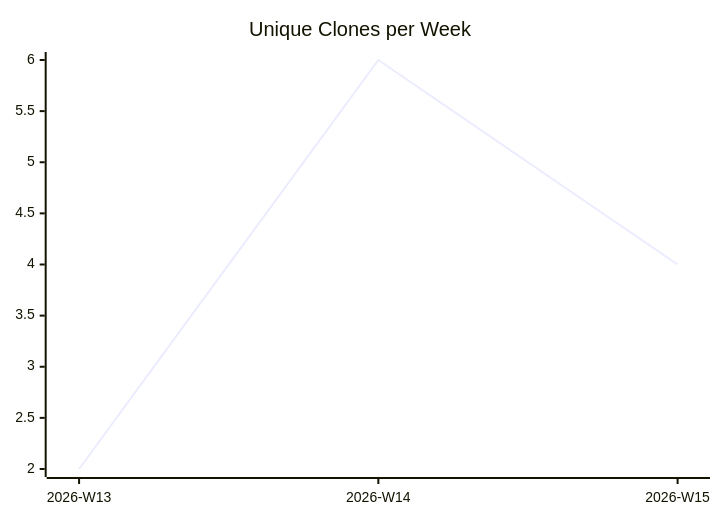
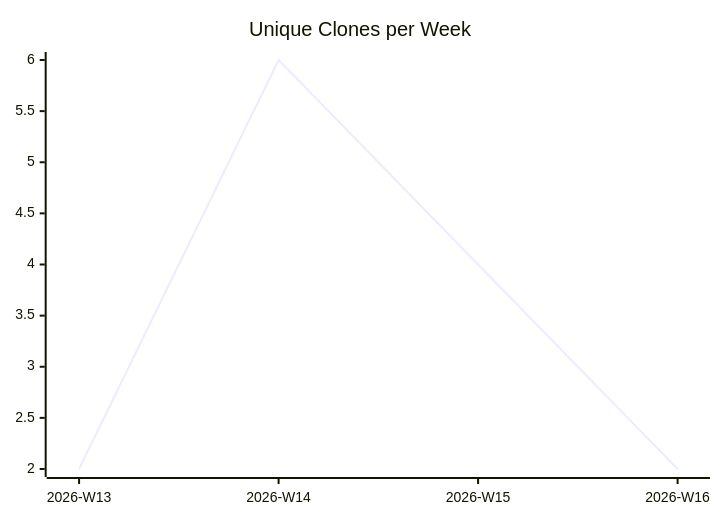
One commit to justdavis-family/github-analytics-data changed the third of 3 diagrams in karlmdavis/obsidian-operator/README.md. Above: the diagram before and after it, drawn with Mermaid. The commit also changed other lines of this file and 173 other files, not shown here.

````diff
--- a/karlmdavis/obsidian-operator/README.md
+++ b/karlmdavis/obsidian-operator/README.md
@@ -19,6 +19,6 @@
 ```mermaid
 xychart-beta
   title "Unique Clones per Week"
-  x-axis ["2026-W13", "2026-W14", "2026-W15"]
-  line [2, 6, 4]
+  x-axis ["2026-W13", "2026-W14", "2026-W15", "2026-W16"]
+  line [2, 6, 4, 2]
 ```
````
